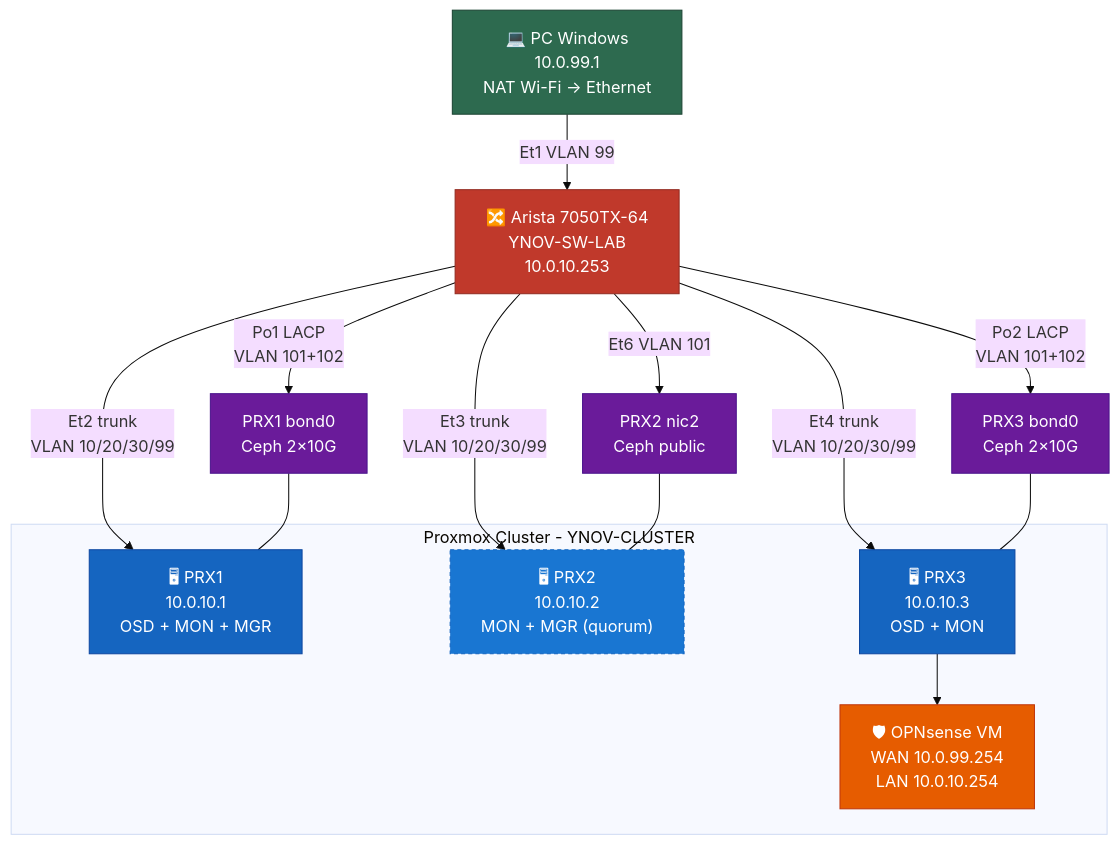
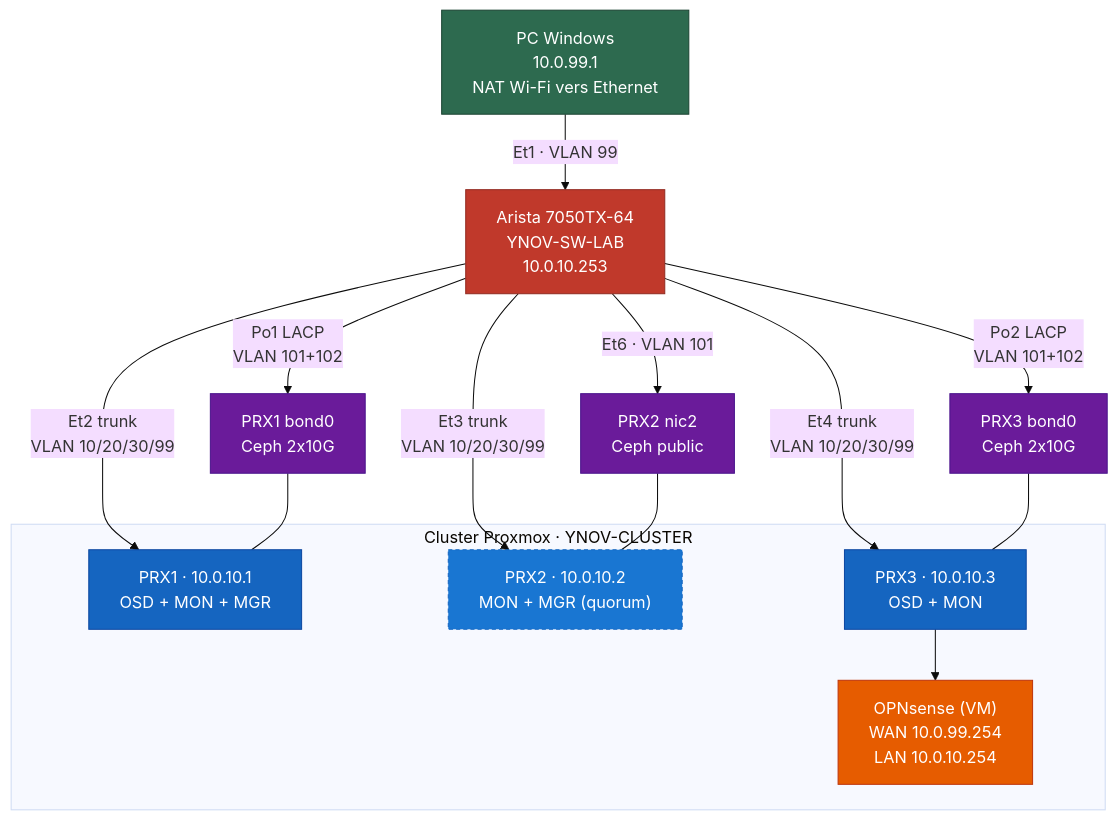
Before and after one commit to astronas/ynov-virtu: the diagram in README.md, drawn with Mermaid (base theme). The commit also changed other lines of this file, not shown here.

````diff
--- a/README.md
+++ b/README.md
@@ -48,34 +68,34 @@
 ```mermaid
 graph TD
     classDef windows  fill:#2d6a4f,stroke:#1b4332,color:#fff
     classDef switch   fill:#c0392b,stroke:#922b21,color:#fff
     classDef proxmox  fill:#1565c0,stroke:#0d47a1,color:#fff
     classDef quorum   fill:#1976d2,stroke:#1565c0,color:#fff,stroke-dasharray:4 3
     classDef opnsense fill:#e65c00,stroke:#bf360c,color:#fff
     classDef ceph     fill:#6a1b9a,stroke:#4a148c,color:#fff
 
-    PC["💻 PC Windows\n10.0.99.1\nNAT Wi-Fi → Ethernet"]:::windows
-    SW["🔀 Arista 7050TX-64\nYNOV-SW-LAB\n10.0.10.253"]:::switch
+    PC["PC Windows<br>10.0.99.1<br>NAT Wi-Fi vers Ethernet"]:::windows
+    SW["Arista 7050TX-64<br>YNOV-SW-LAB<br>10.0.10.253"]:::switch
 
-    PC -- "Et1 VLAN 99" --> SW
+    PC -- "Et1 · VLAN 99" --> SW
 
-    SW -- "Et2 trunk\nVLAN 10/20/30/99" --> PRX1
-    SW -- "Et3 trunk\nVLAN 10/20/30/99" --> PRX2
-    SW -- "Et4 trunk\nVLAN 10/20/30/99" --> PRX3
+    SW -- "Et2 trunk<br>VLAN 10/20/30/99" --> PRX1
+    SW -- "Et3 trunk<br>VLAN 10/20/30/99" --> PRX2
+    SW -- "Et4 trunk<br>VLAN 10/20/30/99" --> PRX3
 
-    SW -- "Po1 LACP\nVLAN 101+102" --> PRX1_CEPH["PRX1 bond0\nCeph 2×10G"]:::ceph
-    SW -- "Et6 VLAN 101" --> PRX2_CEPH["PRX2 nic2\nCeph public"]:::ceph
-    SW -- "Po2 LACP\nVLAN 101+102" --> PRX3_CEPH["PRX3 bond0\nCeph 2×10G"]:::ceph
+    SW -- "Po1 LACP<br>VLAN 101+102" --> PRX1_CEPH["PRX1 bond0<br>Ceph 2x10G"]:::ceph
+    SW -- "Et6 · VLAN 101" --> PRX2_CEPH["PRX2 nic2<br>Ceph public"]:::ceph
+    SW -- "Po2 LACP<br>VLAN 101+102" --> PRX3_CEPH["PRX3 bond0<br>Ceph 2x10G"]:::ceph
 
-    subgraph CLUSTER["Proxmox Cluster - YNOV-CLUSTER"]
-        PRX1["🖥 PRX1\n10.0.10.1\nOSD + MON + MGR"]:::proxmox
-        PRX2["🖥 PRX2\n10.0.10.2\nMON + MGR (quorum)"]:::quorum
-        PRX3["🖥 PRX3\n10.0.10.3\nOSD + MON"]:::proxmox
-        OPN["🛡 OPNsense VM\nWAN 10.0.99.254\nLAN 10.0.10.254"]:::opnsense
+    subgraph CLUSTER["Cluster Proxmox · YNOV-CLUSTER"]
+        PRX1["PRX1 · 10.0.10.1<br>OSD + MON + MGR"]:::proxmox
+        PRX2["PRX2 · 10.0.10.2<br>MON + MGR (quorum)"]:::quorum
+        PRX3["PRX3 · 10.0.10.3<br>OSD + MON"]:::proxmox
+        OPN["OPNsense (VM)<br>WAN 10.0.99.254<br>LAN 10.0.10.254"]:::opnsense
         PRX3 --> OPN
     end
 
     PRX1_CEPH --- PRX1
     PRX2_CEPH --- PRX2
     PRX3_CEPH --- PRX3
 ```
````
